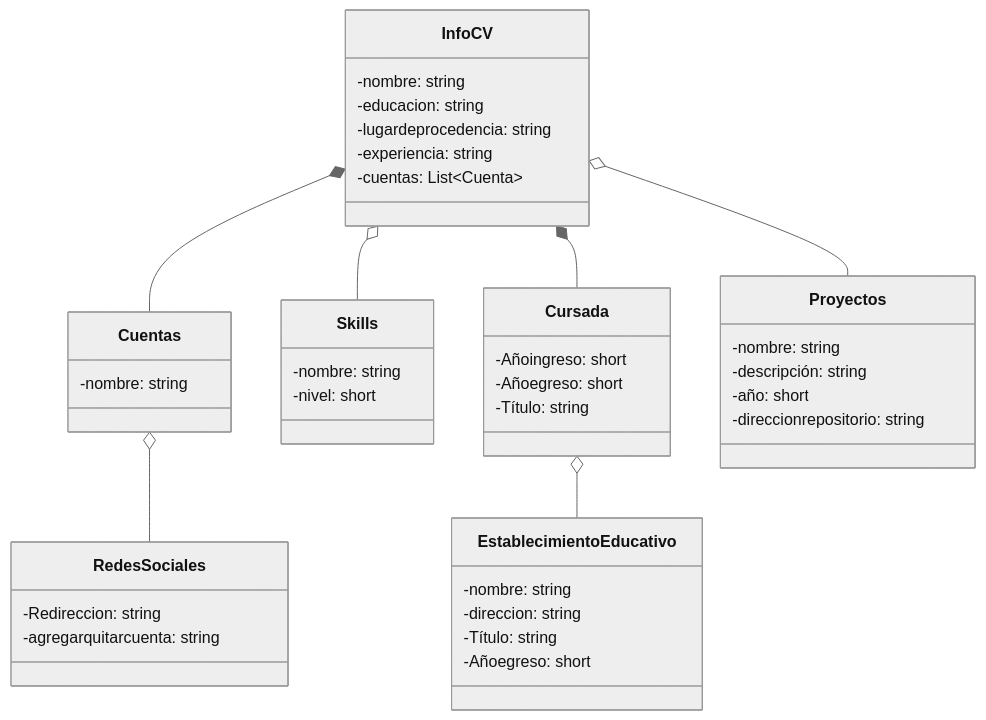
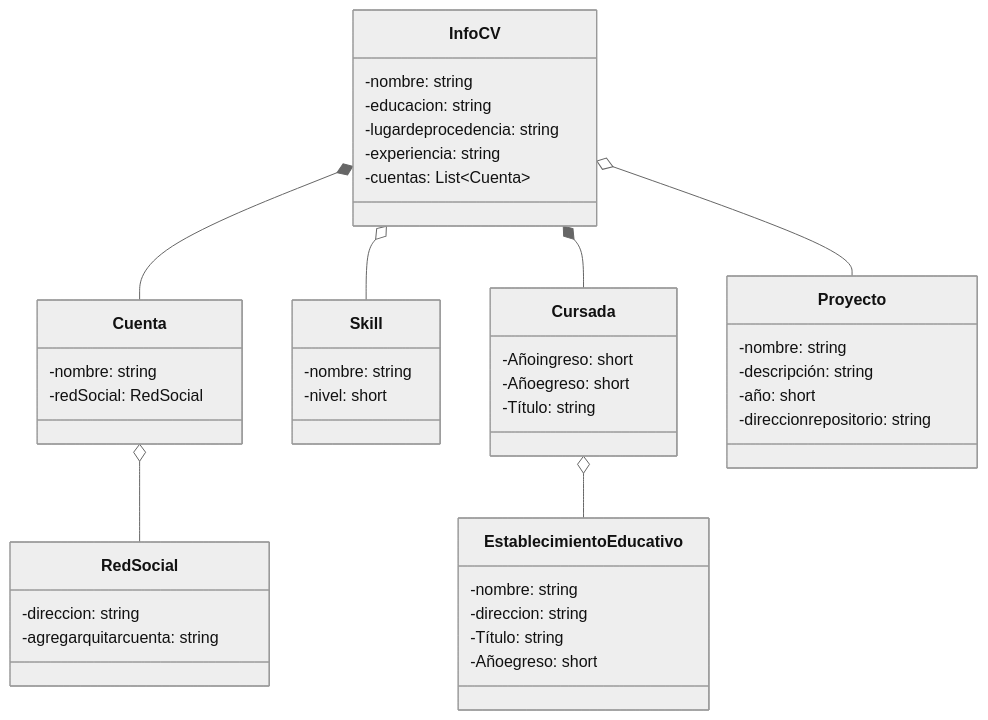
One commit to Noevd/ProyectoCurriculum changed the diagram in README.md. Above: the diagram before and after it, drawn with Mermaid (neutral theme). The commit also changed 3 other files, not shown here.

````diff
--- a/README.md
+++ b/README.md
@@ -3,57 +3,58 @@
 ```mermaid
 classDiagram
 
     class InfoCV{
         -nombre: string
         -educacion: string
         -lugardeprocedencia: string
         -experiencia: string
         -cuentas: List~Cuenta~
     }
 
     class Cursada{
         -Añoingreso: short
         -Añoegreso: short
         -Título: string
     }
 
     class EstablecimientoEducativo {
         -nombre: string
         -direccion: string
         -Título: string
         -Añoegreso: short
     }
 
     Cursada o-- EstablecimientoEducativo
 
-    InfoCV o-- Skills
+    InfoCV o-- Skill
 
-    InfoCV *-- Cuentas
+    InfoCV *-- Cuenta
 
-    Cuentas o-- RedesSociales
+    Cuenta o-- RedSocial
 
-    InfoCV o-- Proyectos
+    InfoCV o-- Proyecto
 
     InfoCV *-- Cursada
 
-    class Cuentas {
+    class Cuenta {
         -nombre: string
+        -redSocial: RedSocial
     }
 
-    class RedesSociales {
-        -Redireccion: string
+    class RedSocial {
+        -direccion: string
         -agregarquitarcuenta: string
     }
 
-    class Proyectos {
+    class Proyecto {
         -nombre: string
         -descripción: string
         -año: short
         -direccionrepositorio: string     
     }
 
-    class Skills {
+    class Skill {
         -nombre: string
         -nivel: short
     }
 ```
````
